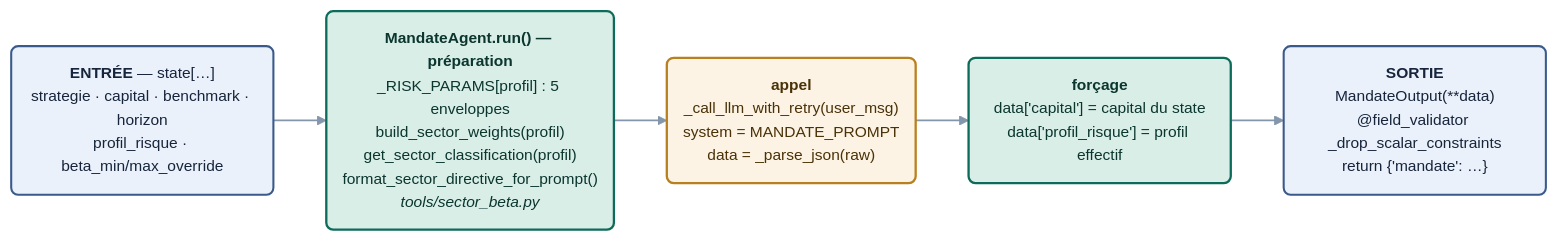
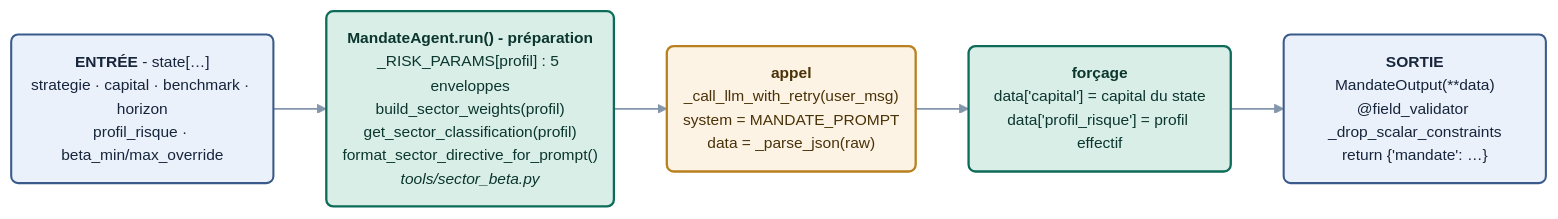
The diagram in docs/architecture/code/agent_1_mandat.mmd (damienkuhnz-tech/AlphaSwarm-AI), drawn with Mermaid before and after one commit. The commit also changed 106 other files, not shown here.

```diff
--- a/docs/architecture/code/agent_1_mandat.mmd
+++ b/docs/architecture/code/agent_1_mandat.mmd
@@ -1,36 +1,36 @@
 ---
 config:
   theme: base
   themeVariables:
     fontFamily: "JetBrains Mono, Consolas, Menlo, monospace"
     fontSize: 13.5px
     lineColor: "#8496AC"
     primaryColor: "#FFFFFF"
     primaryTextColor: "#101720"
     primaryBorderColor: "#8496AC"
     edgeLabelBackground: "#FFFFFF"
   flowchart:
     curve: basis
     padding: 14
     nodeSpacing: 38
     rankSpacing: 46
     wrappingWidth: 200
 ---
 flowchart LR
-  IN("<b>ENTRÉE</b> — state[…]<br/>strategie · capital · benchmark · horizon<br/>profil_risque · beta_min/max_override")
-  PY("<b>MandateAgent.run() — préparation</b><br/>_RISK_PARAMS[profil] : 5 enveloppes<br/>build_sector_weights(profil)<br/>get_sector_classification(profil)<br/>format_sector_directive_for_prompt()<br/><i>tools/sector_beta.py</i>")
+  IN("<b>ENTRÉE</b> - state[…]<br/>strategie · capital · benchmark · horizon<br/>profil_risque · beta_min/max_override")
+  PY("<b>MandateAgent.run() - préparation</b><br/>_RISK_PARAMS[profil] : 5 enveloppes<br/>build_sector_weights(profil)<br/>get_sector_classification(profil)<br/>format_sector_directive_for_prompt()<br/><i>tools/sector_beta.py</i>")
   L("<b>appel</b><br/>_call_llm_with_retry(user_msg)<br/>system = MANDATE_PROMPT<br/>data = _parse_json(raw)")
   FX("<b>forçage</b><br/>data['capital'] = capital du state<br/>data['profil_risque'] = profil effectif")
   OUT("<b>SORTIE</b><br/>MandateOutput(**data)<br/>@field_validator _drop_scalar_constraints<br/>return {'mandate': …}")
   IN --> PY --> L --> FX --> OUT
   class IN,OUT io;
   class PY,FX calc;
   class L juge;
 
   classDef juge fill:#FCF3E4,stroke:#B8801F,stroke-width:2px,color:#4A3208,rx:6,ry:6;
   classDef calc fill:#DAEEE8,stroke:#0D6B59,stroke-width:2px,color:#0A362E,rx:6,ry:6;
   classDef io fill:#EBF1FA,stroke:#3A5A8C,stroke-width:1.8px,color:#16253C,rx:6,ry:6;
   classDef stop fill:#FBE4E1,stroke:#9C2A22,stroke-width:2px,color:#4A110D,rx:6,ry:6;
   classDef ext fill:#FFFFFF,stroke:#8496AC,stroke-width:1.4px,color:#101720,rx:6,ry:6;
 
   linkStyle default stroke-width:1.5px;
```
